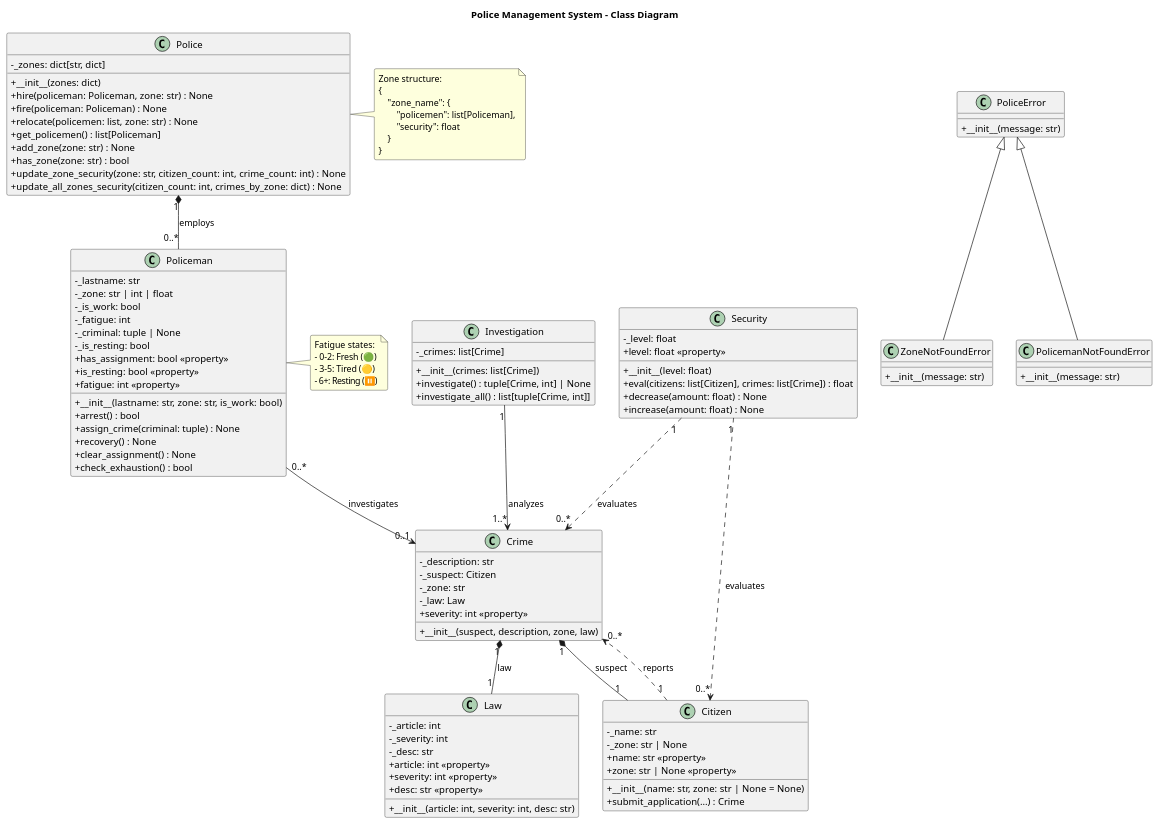
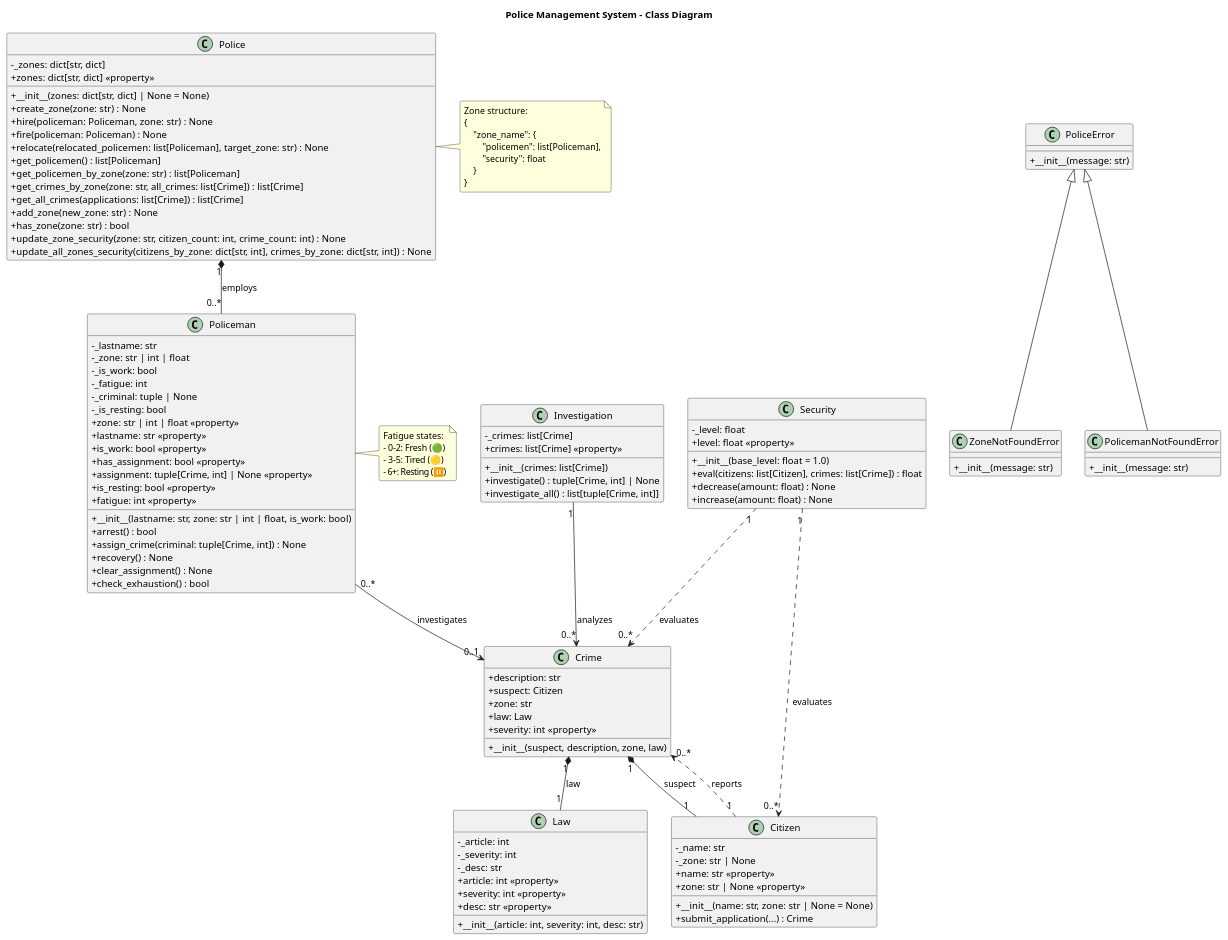
The diagram in SDIS/sem2/lab1/docs/uml/class_diagram.puml (egormeister-os/Labs), drawn with PlantUML before and after one commit. The commit also changed 5 other files, not shown here.

Commit message:
update diagrams

```diff
--- a/SDIS/sem2/lab1/docs/uml/class_diagram.puml
+++ b/SDIS/sem2/lab1/docs/uml/class_diagram.puml
@@ -1,128 +1,138 @@
 @startuml class_diagram
 ' Police Management System - Class Diagram
 ' UML 2.5
 
 skinparam defaultFontName "Arial"
 skinparam fontSize 10
 skinparam classAttributeIconSize 0
 skinparam roundcorner 5
 
 title Police Management System - Class Diagram
 
 ' Exceptions
 class PoliceError {
     + __init__(message: str)
 }
 class ZoneNotFoundError {
     + __init__(message: str)
 }
 class PolicemanNotFoundError {
     + __init__(message: str)
 }
 PoliceError <|-- ZoneNotFoundError
 PoliceError <|-- PolicemanNotFoundError
 
 ' Domain classes
 class Law {
     - _article: int
     - _severity: int
     - _desc: str
     + __init__(article: int, severity: int, desc: str)
     + article: int <<property>>
     + severity: int <<property>>
     + desc: str <<property>>
 }
 
 class Citizen {
     - _name: str
     - _zone: str | None
     + __init__(name: str, zone: str | None = None)
     + name: str <<property>>
     + zone: str | None <<property>>
     + submit_application(...) : Crime
 }
 
 class Crime {
-    - _description: str
-    - _suspect: Citizen
-    - _zone: str
-    - _law: Law
+    + description: str
+    + suspect: Citizen
+    + zone: str
+    + law: Law
     + __init__(suspect, description, zone, law)
     + severity: int <<property>>
 }
 
 class Policeman {
     - _lastname: str
     - _zone: str | int | float
     - _is_work: bool
     - _fatigue: int
     - _criminal: tuple | None
     - _is_resting: bool
-    + __init__(lastname: str, zone: str, is_work: bool)
+    + __init__(lastname: str, zone: str | int | float, is_work: bool)
     + arrest() : bool
-    + assign_crime(criminal: tuple) : None
+    + assign_crime(criminal: tuple[Crime, int]) : None
     + recovery() : None
     + clear_assignment() : None
     + check_exhaustion() : bool
+    + zone: str | int | float <<property>>
+    + lastname: str <<property>>
+    + is_work: bool <<property>>
     + has_assignment: bool <<property>>
+    + assignment: tuple[Crime, int] | None <<property>>
     + is_resting: bool <<property>>
     + fatigue: int <<property>>
 }
 
 class Police {
     - _zones: dict[str, dict]
-    + __init__(zones: dict)
+    + __init__(zones: dict[str, dict] | None = None)
+    + zones: dict[str, dict] <<property>>
+    + create_zone(zone: str) : None
     + hire(policeman: Policeman, zone: str) : None
     + fire(policeman: Policeman) : None
-    + relocate(policemen: list, zone: str) : None
+    + relocate(relocated_policemen: list[Policeman], target_zone: str) : None
     + get_policemen() : list[Policeman]
-    + add_zone(zone: str) : None
+    + get_policemen_by_zone(zone: str) : list[Policeman]
+    + get_crimes_by_zone(zone: str, all_crimes: list[Crime]) : list[Crime]
+    + get_all_crimes(applications: list[Crime]) : list[Crime]
+    + add_zone(new_zone: str) : None
     + has_zone(zone: str) : bool
     + update_zone_security(zone: str, citizen_count: int, crime_count: int) : None
-    + update_all_zones_security(citizen_count: int, crimes_by_zone: dict) : None
+    + update_all_zones_security(citizens_by_zone: dict[str, int], crimes_by_zone: dict[str, int]) : None
 }
 
 class Investigation {
     - _crimes: list[Crime]
     + __init__(crimes: list[Crime])
+    + crimes: list[Crime] <<property>>
     + investigate() : tuple[Crime, int] | None
     + investigate_all() : list[tuple[Crime, int]]
 }
 
 class Security {
     - _level: float
-    + __init__(level: float)
+    + __init__(base_level: float = 1.0)
     + level: float <<property>>
     + eval(citizens: list[Citizen], crimes: list[Crime]) : float
     + decrease(amount: float) : None
     + increase(amount: float) : None
 }
 
 ' Relationships
 Crime "1" *-- "1" Citizen : suspect
 Crime "1" *-- "1" Law : law
 Police "1" *-- "0..*" Policeman : employs
 Policeman "0..*" --> "0..1" Crime : investigates
-Investigation "1" --> "1..*" Crime : analyzes
+Investigation "1" --> "0..*" Crime : analyzes
 Security "1" ..> "0..*" Citizen : evaluates
 Security "1" ..> "0..*" Crime : evaluates
 Citizen "1" ..> "0..*" Crime : reports
 
 note right of Police
     Zone structure:
     {
         "zone_name": {
             "policemen": list[Policeman],
             "security": float
         }
     }
 end note
 
 note right of Policeman
     Fatigue states:
     - 0-2: Fresh (🟢)
     - 3-5: Tired (🟡)
     - 6+: Resting (⏸️)
 end note
 
 @enduml
```
